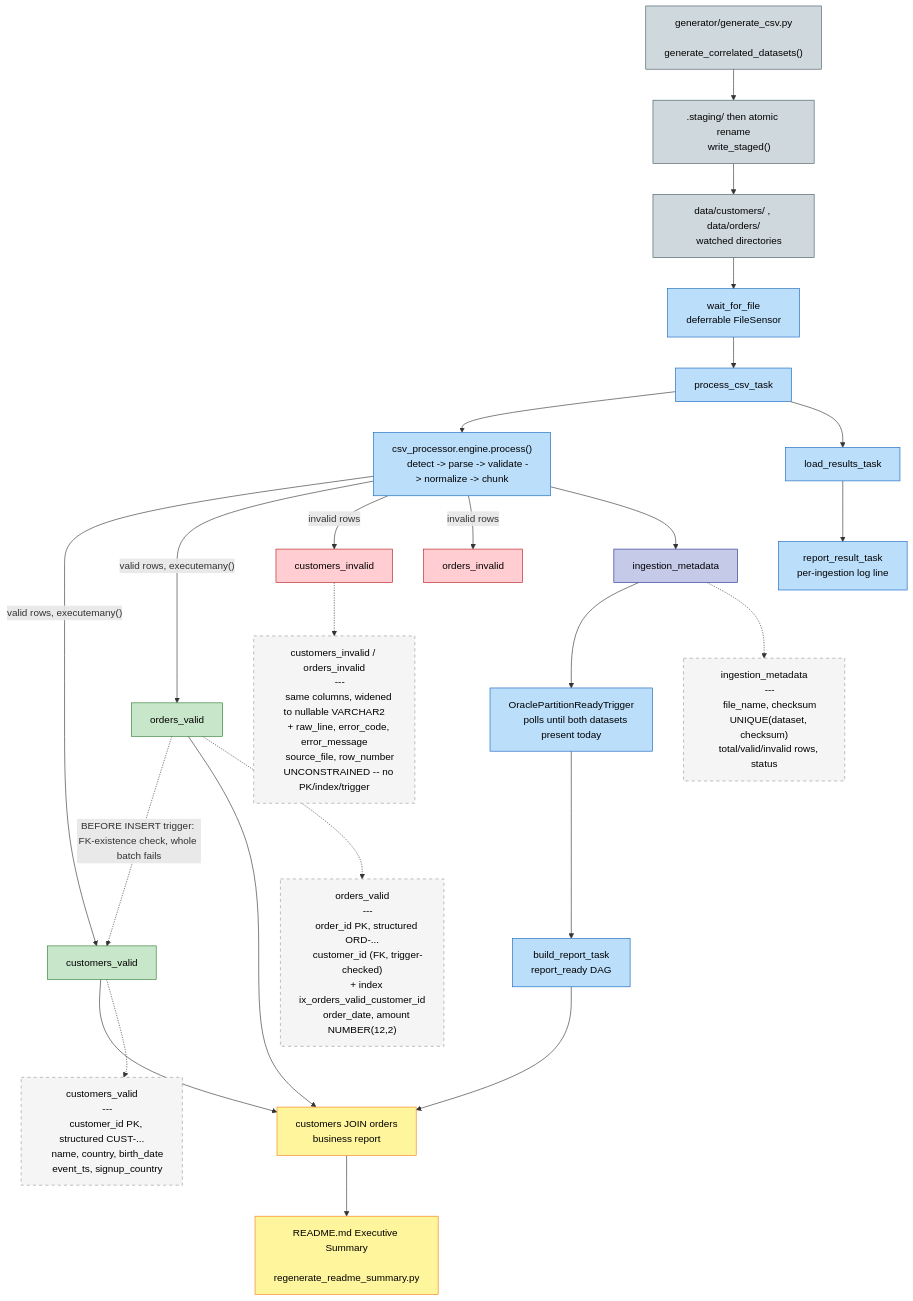
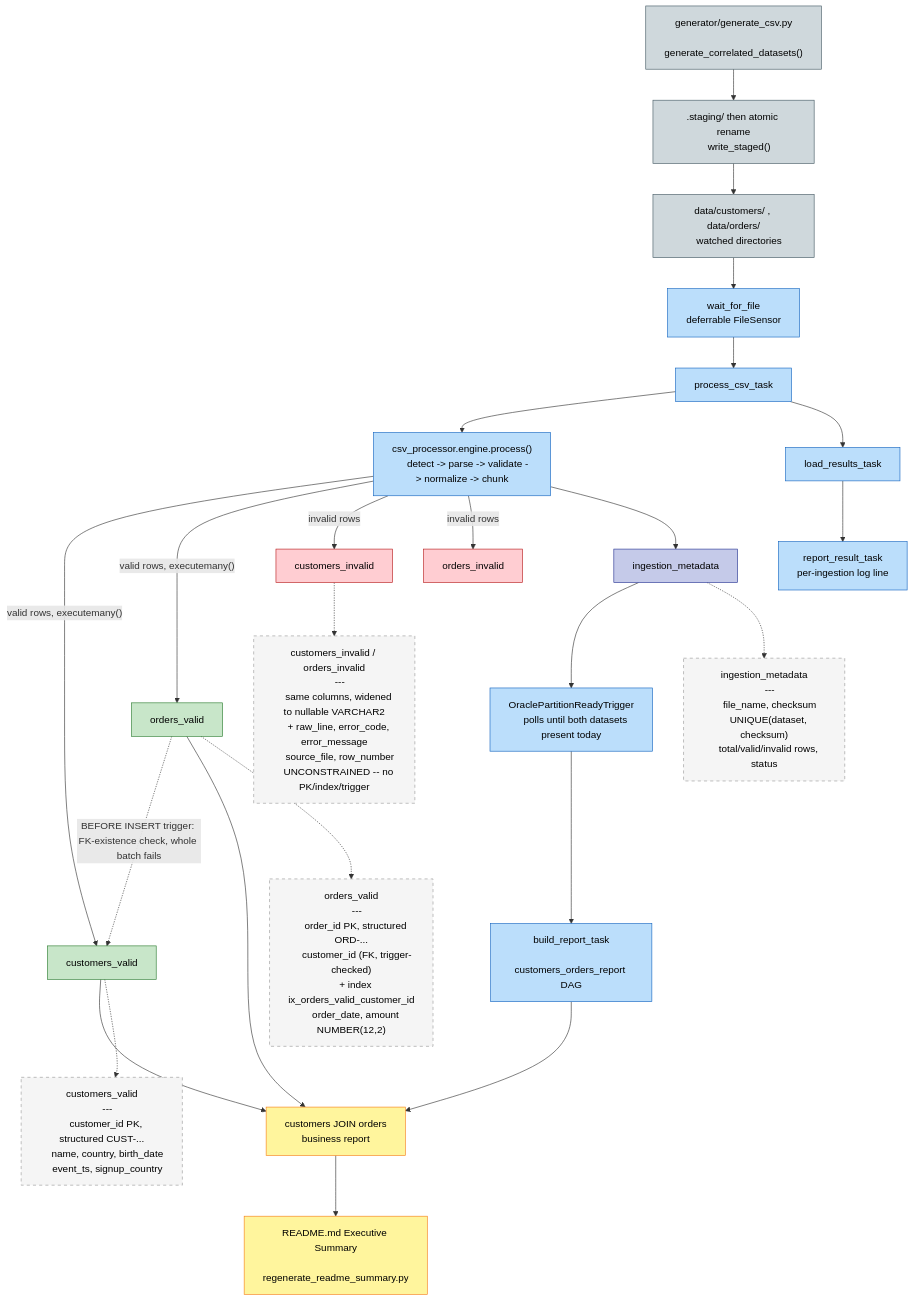
The second of 2 diagrams in README.md (KonuTech/lightweight-airflow-etl), drawn with Mermaid before and after one commit. The commit also changed other lines of this file and 5 other files, not shown here.

````diff
--- a/README.md
+++ b/README.md
@@ -136,79 +136,79 @@
 ```mermaid
 flowchart TD
     GEN["generator/generate_csv.py
     generate_correlated_datasets()"] --> STAGED[".staging/ then atomic rename
     write_staged()"]
     STAGED --> WATCH["data/customers/ , data/orders/
     watched directories"]
 
     WATCH --> SENSE["wait_for_file
     deferrable FileSensor"]
     SENSE --> PROC["process_csv_task"]
     PROC --> ENGINE["csv_processor.engine.process()
     detect -> parse -> validate -> normalize -> chunk"]
 
     ENGINE -->|"valid rows, executemany()"| CVALID["customers_valid"]
     ENGINE -->|"valid rows, executemany()"| OVALID["orders_valid"]
     ENGINE -->|"invalid rows"| CINVALID["customers_invalid"]
     ENGINE -->|"invalid rows"| OINVALID["orders_invalid"]
     ENGINE --> META["ingestion_metadata"]
 
     OVALID -.->|"BEFORE INSERT trigger: FK-existence check, whole batch fails"| CVALID
 
     PROC --> RESULTS["load_results_task"]
     RESULTS --> REPORTRES["report_result_task
     per-ingestion log line"]
 
     META --> SENSOR2["OraclePartitionReadyTrigger
     polls until both datasets present today"]
     SENSOR2 --> BUILDRPT["build_report_task
-    report_ready DAG"]
+    customers_orders_report DAG"]
     CVALID --> BUSREPORT["customers JOIN orders
     business report"]
     OVALID --> BUSREPORT
     BUILDRPT --> BUSREPORT
     BUSREPORT --> README["README.md Executive Summary
     regenerate_readme_summary.py"]
 
     CVALID -.-> CVALIDDETAIL["customers_valid
     ---
     customer_id PK, structured CUST-...
     name, country, birth_date
     event_ts, signup_country"]
 
     OVALID -.-> OVALIDDETAIL["orders_valid
     ---
     order_id PK, structured ORD-...
     customer_id (FK, trigger-checked)
     + index ix_orders_valid_customer_id
     order_date, amount NUMBER(12,2)"]
 
     CINVALID -.-> INVALIDDETAIL["customers_invalid / orders_invalid
     ---
     same columns, widened to nullable VARCHAR2
     + raw_line, error_code, error_message
     source_file, row_number
     UNCONSTRAINED -- no PK/index/trigger"]
 
     META -.-> METADETAIL["ingestion_metadata
     ---
     file_name, checksum
     UNIQUE(dataset, checksum)
     total/valid/invalid rows, status"]
 
     classDef gen fill:#cfd8dc,stroke:#455a64,color:#000000
     classDef task fill:#bbdefb,stroke:#1565c0,color:#000000
     classDef valid fill:#c8e6c9,stroke:#2e7d32,color:#000000
     classDef invalid fill:#ffcdd2,stroke:#b71c1c,color:#000000
     classDef meta fill:#c5cae9,stroke:#283593,color:#000000
     classDef report fill:#fff59d,stroke:#f57f17,color:#000000
     classDef details fill:#f5f5f5,stroke:#999,stroke-dasharray: 5 5,color:#000000
 
     class GEN,STAGED,WATCH gen
     class SENSE,PROC,ENGINE,RESULTS,REPORTRES,SENSOR2,BUILDRPT task
     class CVALID,OVALID valid
     class CINVALID,OINVALID invalid
     class META meta
     class BUSREPORT,README report
     class CVALIDDETAIL,OVALIDDETAIL,INVALIDDETAIL,METADETAIL details
 ```
````
